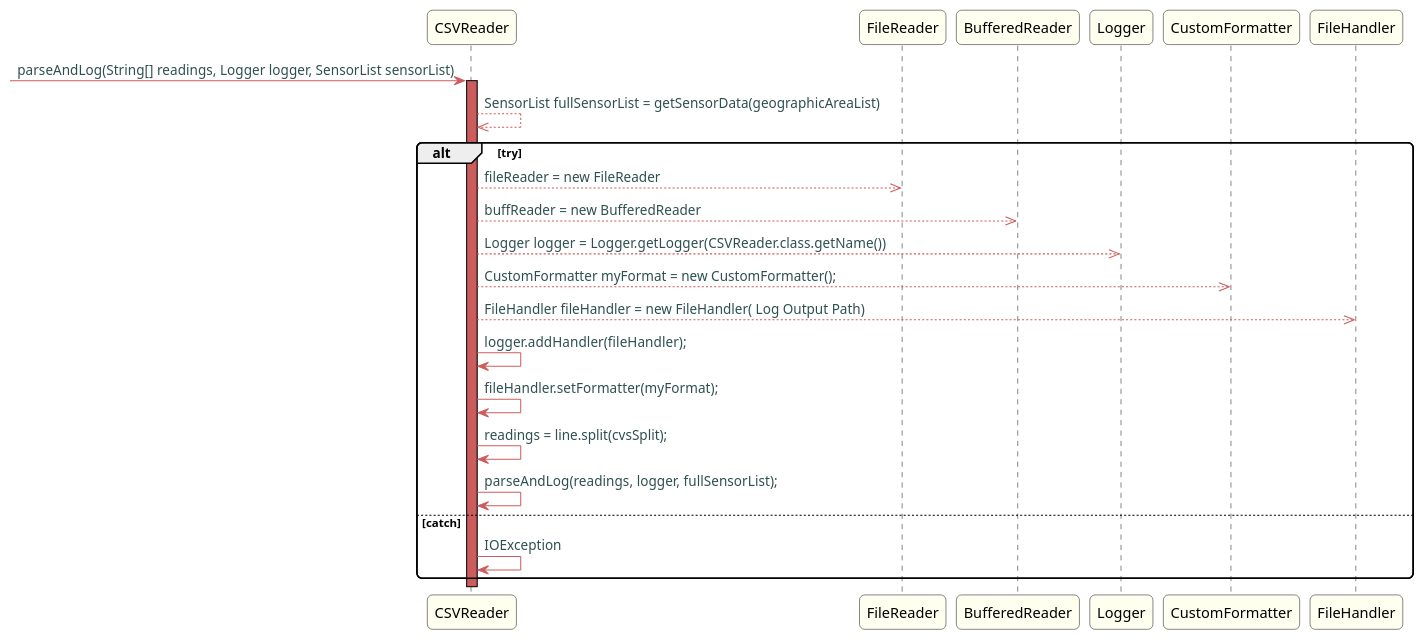
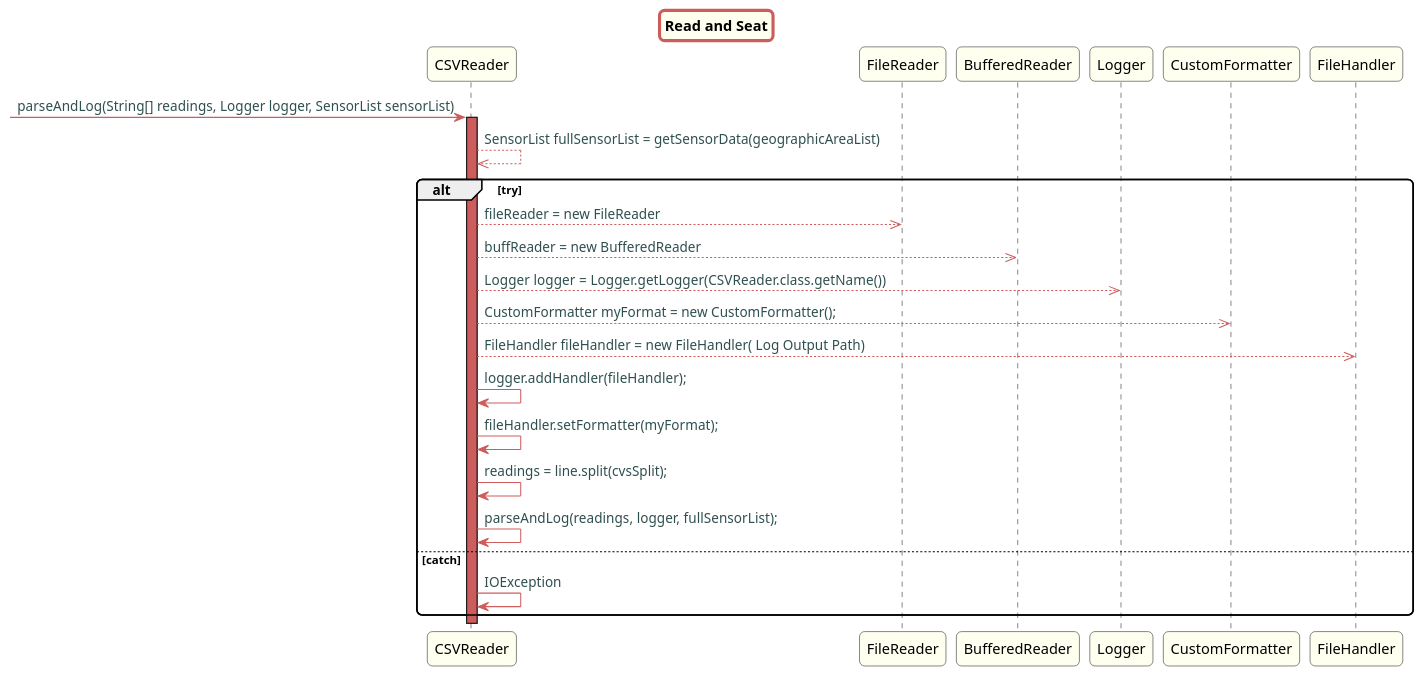
Before and after one commit to Almadanmp/project: the diagram in src/doc/Controllers/HouseConfiguration/US20/US20ReadAndSet.puml, drawn with PlantUML. The commit also changed 12 other files, not shown here.

First line of the commit message:
ref #169 UML format update + readinglist and sensor tests added

```diff
--- a/src/doc/Controllers/HouseConfiguration/US20/US20ReadAndSet.puml
+++ b/src/doc/Controllers/HouseConfiguration/US20/US20ReadAndSet.puml
@@ -1,51 +1,54 @@
 @startuml
+
+title Read and Seat
 
 skinparam titleBorderRoundCorner 10
 skinparam titleBorderThickness 3
 skinparam titleBorderColor indianred
 skinparam titleBackgroundColor ivory
 skinparam FontName quicksand
 
 skinparam actor {
- 	BorderColor indianred
- 	}
+  BorderColor indianred
+  }
 
- skinparam sequence {
- 	LifeLineBackgroundColor indianred
- 	ParticipantBackgroundColor ivory
- }
+skinparam sequence {
+  LifeLineBackgroundColor indianred
+  ParticipantBackgroundColor ivory
+}
 
- skinparam roundcorner 10
+skinparam roundcorner 10
 
- skinparam component {
-   arrowThickness 1
-   ArrowFontName Verdana
-   ArrowColor indianred
-   ArrowFontColor darkslategrey
- }
+skinparam component {
+  arrowThickness 1
+  ArrowFontName Verdana
+  ArrowColor indianred
+  ArrowFontColor darkslategrey
+}
+
 
 
 
 -> CSVReader: parseAndLog(String[] readings, Logger logger, SensorList sensorList)
 activate CSVReader
 
 CSVReader -->> CSVReader: SensorList fullSensorList = getSensorData(geographicAreaList)
 
 alt try
 
 CSVReader -->> FileReader: fileReader = new FileReader
 CSVReader -->> BufferedReader: buffReader = new BufferedReader
 CSVReader -->> Logger: Logger logger = Logger.getLogger(CSVReader.class.getName())
 CSVReader -->> CustomFormatter: CustomFormatter myFormat = new CustomFormatter();
 CSVReader -->> FileHandler: FileHandler fileHandler = new FileHandler( Log Output Path)
 CSVReader -> CSVReader: logger.addHandler(fileHandler);
 CSVReader -> CSVReader: fileHandler.setFormatter(myFormat);
 CSVReader -> CSVReader: readings = line.split(cvsSplit);
 CSVReader -> CSVReader: parseAndLog(readings, logger, fullSensorList);
 
 else catch
 CSVReader -> CSVReader: IOException
 
 end
 
 @enduml
```
